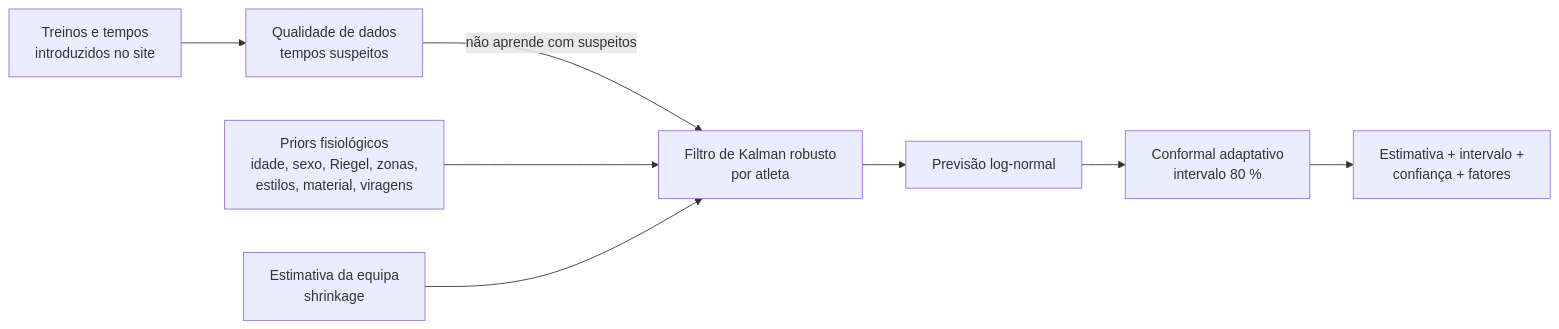
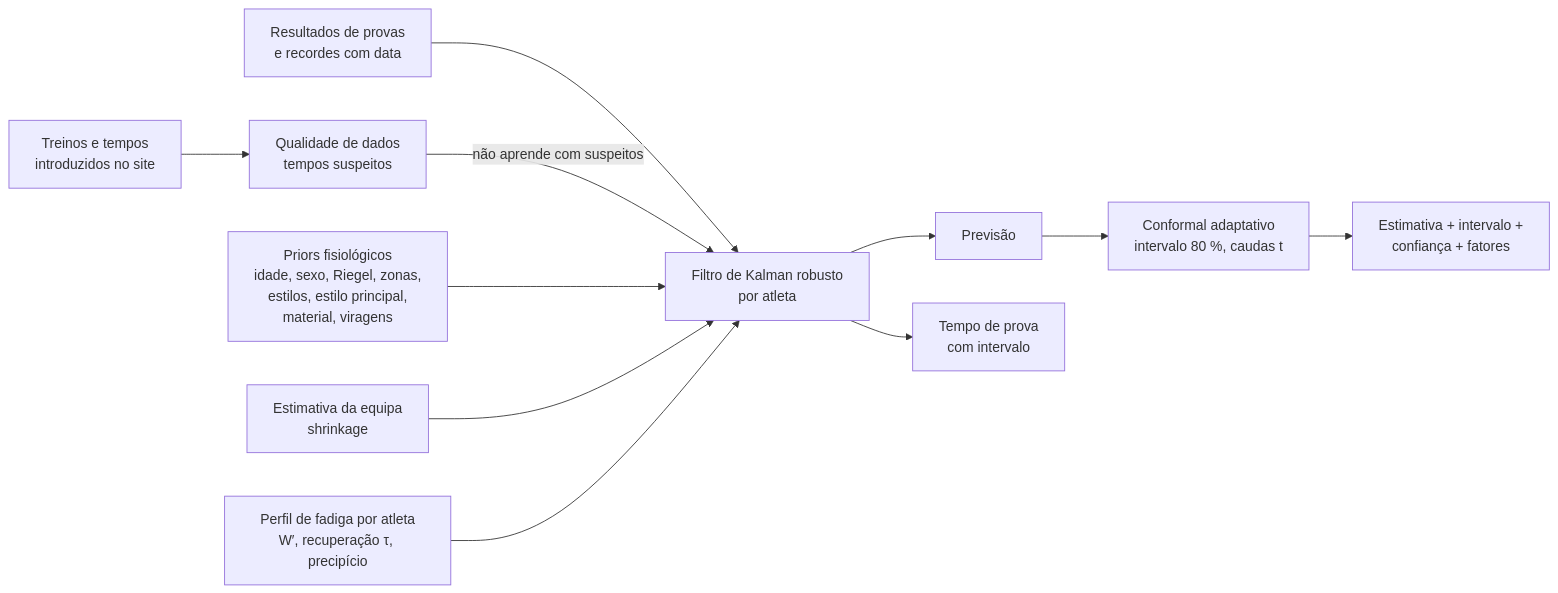
One commit to tomascms/aquastats changed the first of 2 diagrams in docs/ml/README.md. Above: the diagram before and after it, drawn with Mermaid. The commit also changed other lines of this file and 17 other files, not shown here.

````diff
--- a/docs/ml/README.md
+++ b/docs/ml/README.md
@@ -34,10 +39,13 @@
 ```mermaid
 flowchart LR
   A[Treinos e tempos<br/>introduzidos no site] --> Q[Qualidade de dados<br/>tempos suspeitos]
+  R[Resultados de provas<br/>e recordes com data] --> K
   Q -->|não aprende com suspeitos| K[Filtro de Kalman robusto<br/>por atleta]
-  P[Priors fisiológicos<br/>idade, sexo, Riegel, zonas,<br/>estilos, material, viragens] --> K
+  P[Priors fisiológicos<br/>idade, sexo, Riegel, zonas,<br/>estilos, estilo principal,<br/>material, viragens] --> K
   T[Estimativa da equipa<br/>shrinkage] --> K
-  K --> F[Previsão log-normal]
-  F --> C[Conformal adaptativo<br/>intervalo 80 %]
+  W[Perfil de fadiga por atleta<br/>W′, recuperação τ, precipício] --> K
+  K --> F[Previsão]
+  F --> C[Conformal adaptativo<br/>intervalo 80 %, caudas t]
   C --> O[Estimativa + intervalo +<br/>confiança + fatores]
+  K --> RP[Tempo de prova<br/>com intervalo]
 ```
````
